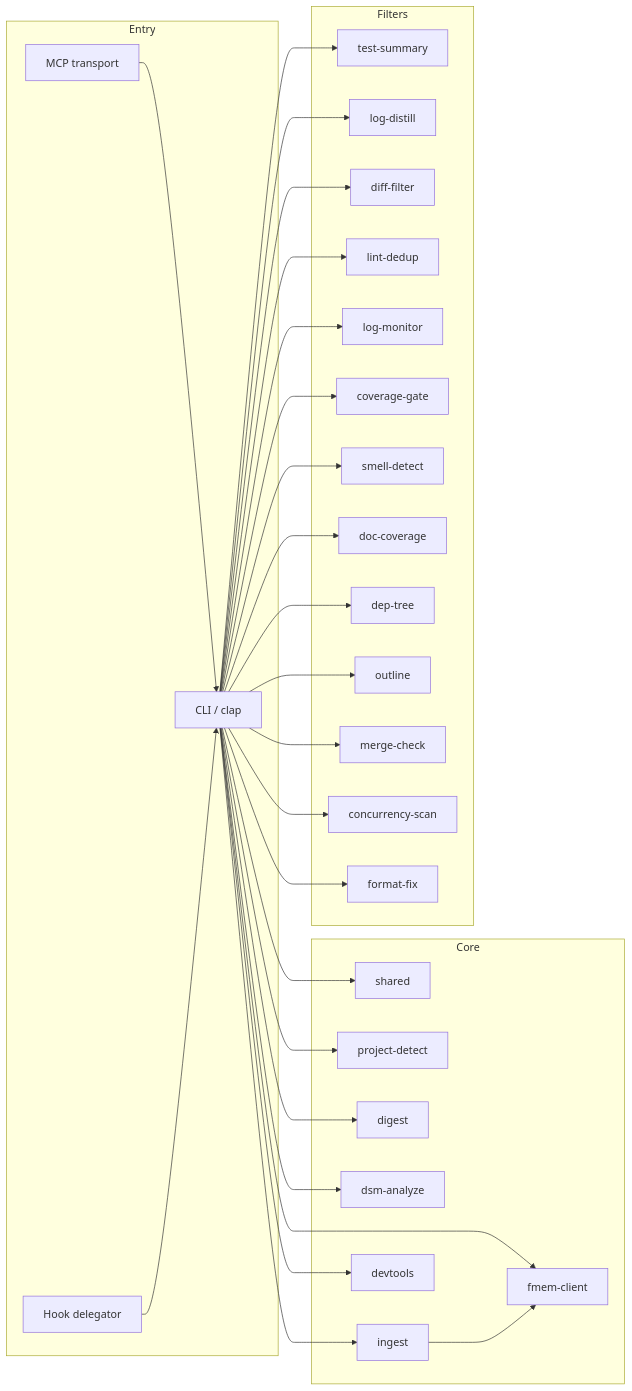
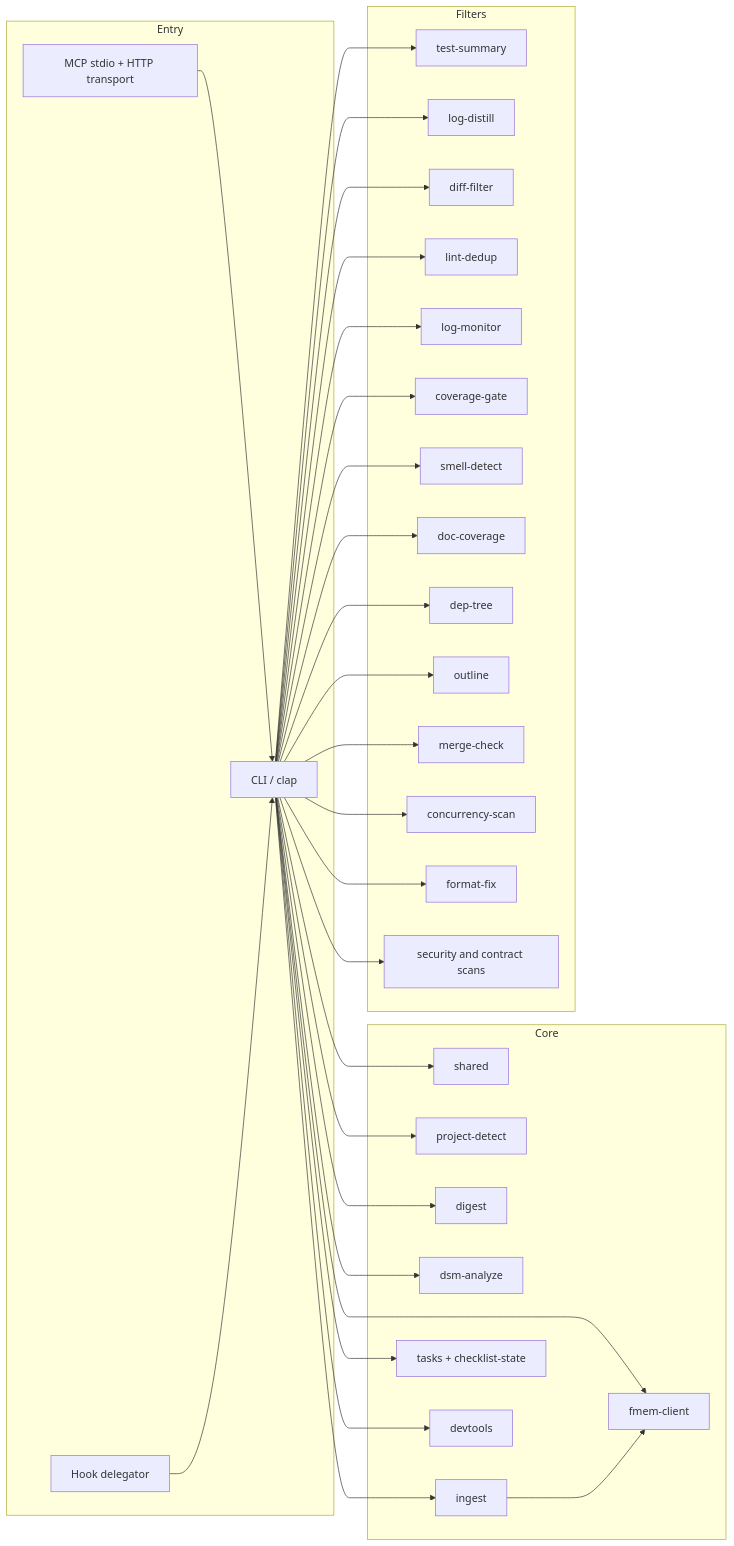
Before and after one commit to ferrosadb/forge: the diagram in specs/components.md, drawn with Mermaid. The commit also changed other lines of this file and 24 other files, not shown here.

````diff
--- a/specs/components.md
+++ b/specs/components.md
@@ -8,58 +8,62 @@
 ```mermaid
 graph LR
     subgraph Entry
         CLI[CLI / clap]
         Hook[Hook delegator]
-        MCP[MCP transport]
+        MCP[MCP stdio + HTTP transport]
     end
 
     subgraph Core
         Shared[shared]
         Detect[project-detect]
         Digest[digest]
         Dsm[dsm-analyze]
         Ingest[ingest]
+        Tasks[tasks + checklist-state]
         Devtools[devtools]
         FmemClient[fmem-client]
     end
 
     subgraph Filters
         TS[test-summary]
         LD[log-distill]
         DF[diff-filter]
         Lint[lint-dedup]
         LM[log-monitor]
         Cov[coverage-gate]
         Smell[smell-detect]
         Doc[doc-coverage]
         Dep[dep-tree]
         Outline[outline]
         Merge[merge-check]
         Conc[concurrency-scan]
         Fmt[format-fix]
+        Security[security and contract scans]
     end
 
     CLI --> Shared
     CLI --> Detect
     CLI --> Digest
     CLI --> Dsm
     CLI --> Ingest
+    CLI --> Tasks
     CLI --> Devtools
     CLI --> FmemClient
     Ingest --> FmemClient
     CLI --> TS
     CLI --> LD
     CLI --> DF
     CLI --> Lint
     CLI --> LM
     CLI --> Cov
     CLI --> Smell
     CLI --> Doc
     CLI --> Dep
     CLI --> Outline
     CLI --> Merge
     CLI --> Conc
     CLI --> Fmt
+    CLI --> Security
     MCP --> CLI
     Hook --> CLI
 ```
````
